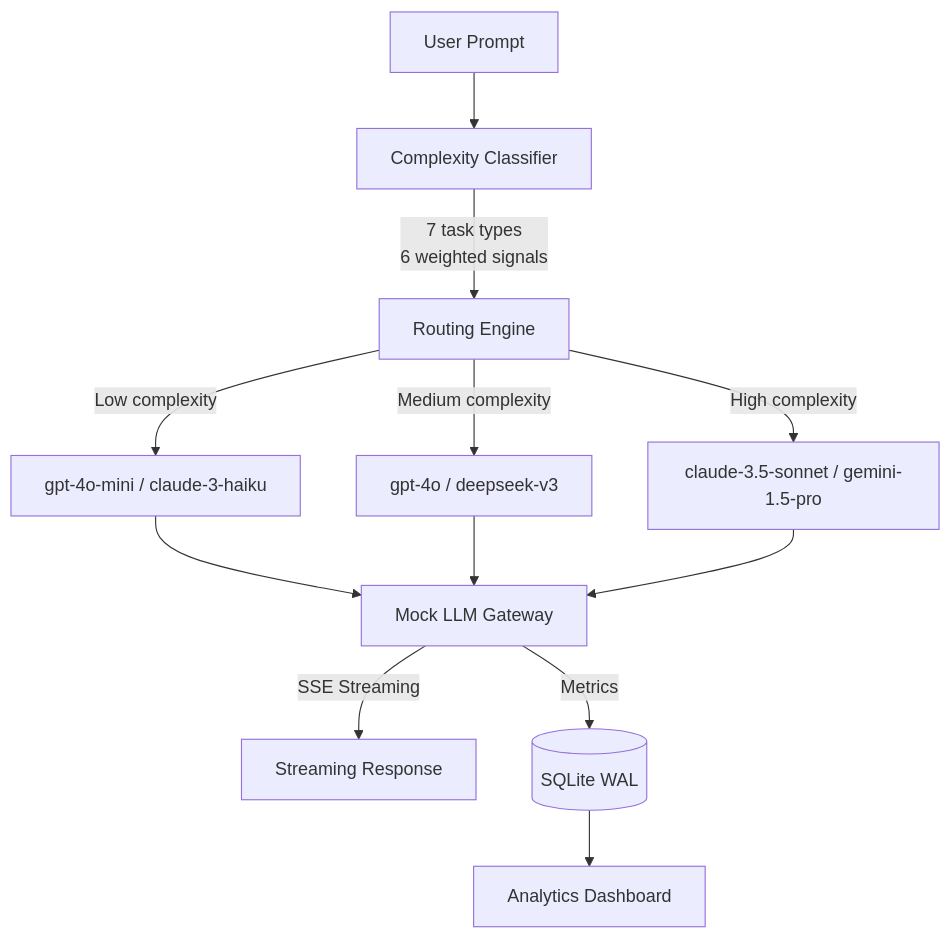
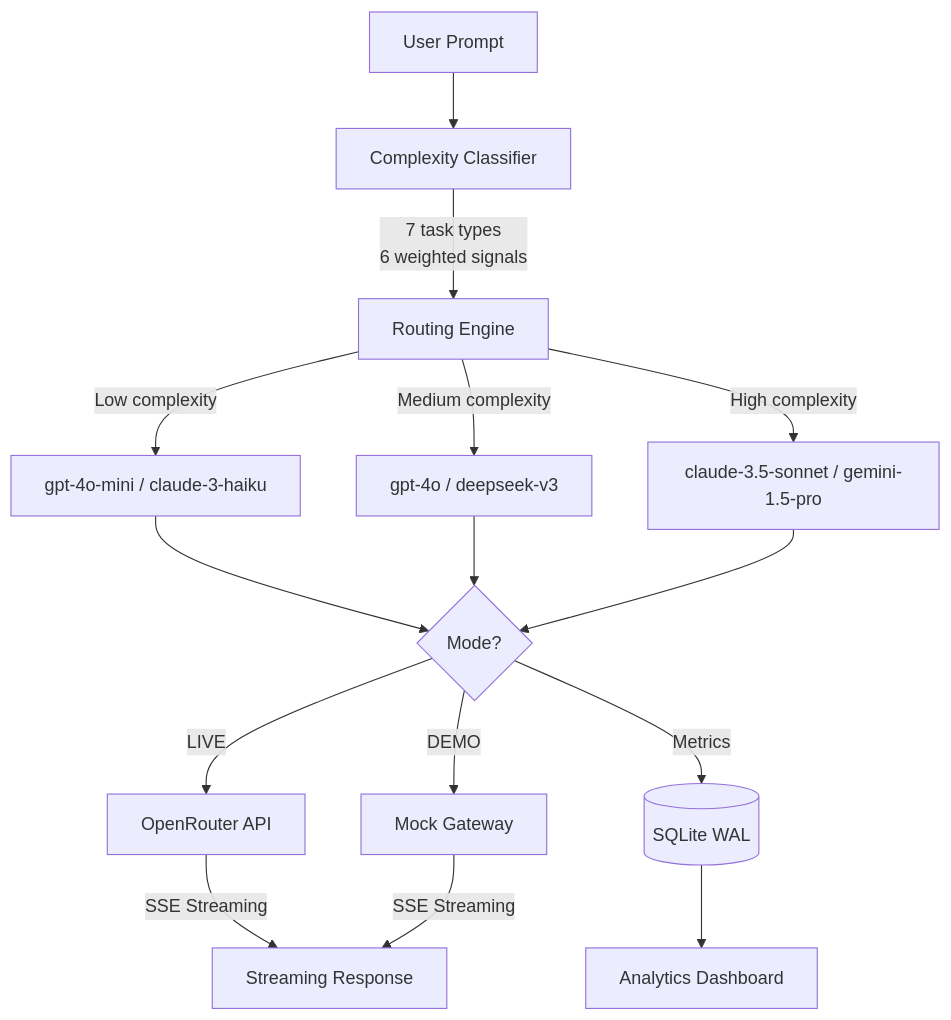
The diagram in README.md (Smear6uard/Intelligent-LLM-Router), drawn with Mermaid before and after one commit. The commit also changed other lines of this file and 7 other files, not shown here.

First line of the commit message:
Add streaming A/B Arena, fix error handling, and update README with demo

````diff
--- a/README.md
+++ b/README.md
@@ -7,16 +13,19 @@
 ```mermaid
 graph TB
     User[User Prompt] --> Classifier[Complexity Classifier]
     Classifier --> |"7 task types<br/>6 weighted signals"| Router[Routing Engine]
     Router --> |"Low complexity"| Cheap[gpt-4o-mini / claude-3-haiku]
     Router --> |"Medium complexity"| Mid[gpt-4o / deepseek-v3]
     Router --> |"High complexity"| Premium[claude-3.5-sonnet / gemini-1.5-pro]
 
-    Cheap --> Gateway[Mock LLM Gateway]
+    Cheap --> Gateway{Mode?}
     Mid --> Gateway
     Premium --> Gateway
 
-    Gateway --> |"SSE Streaming"| Response[Streaming Response]
+    Gateway --> |"LIVE"| OpenRouter[OpenRouter API]
+    Gateway --> |"DEMO"| Mock[Mock Gateway]
+    OpenRouter --> |"SSE Streaming"| Response[Streaming Response]
+    Mock --> |"SSE Streaming"| Response
     Gateway --> |"Metrics"| DB[(SQLite WAL)]
     DB --> Dashboard[Analytics Dashboard]
 ```
````
